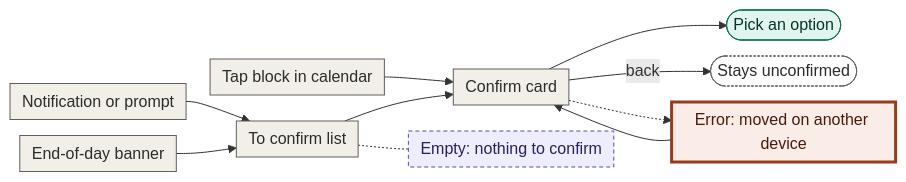
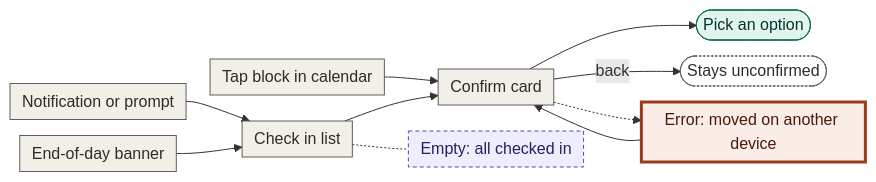
The third of 6 diagrams in docs/design/01-user-flows/reminders-and-confirmation.md (tor4/ai-planner), drawn with Mermaid before and after one commit. The commit also changed other lines of this file and 14 other files, not shown here.

First line of the commit message:
Fix user flow and screen issues

````diff
--- a/docs/design/01-user-flows/reminders-and-confirmation.md
+++ b/docs/design/01-user-flows/reminders-and-confirmation.md
@@ -91,19 +91,19 @@
 ```mermaid
 %%{init: {"flowchart": {"nodeSpacing": 16, "rankSpacing": 24, "padding": 6}}}%%
 flowchart LR
-  N[Notification or prompt]:::step --> Q[To confirm list]:::step
+  N[Notification or prompt]:::step --> Q[Check in list]:::step
   B[End-of-day banner]:::step --> Q
   K[Tap block in calendar]:::step --> O[Confirm card]:::step
   Q --> O
-  Q -.- QE[Empty: nothing to confirm]:::state
+  Q -.- QE[Empty: all checked in]:::state
   O --> P([Pick an option]):::ok
   O -->|back| E([Stays unconfirmed]):::exit
   O -.-> C[Error: moved on another device]:::error --> O
   classDef step fill:#F1EFE8,stroke:#5F5E5A,color:#2C2C2A
   classDef sys fill:#E6F1FB,stroke:#185FA5,color:#042C53
   classDef ok fill:#E1F5EE,stroke:#0F6E56,color:#04342C
   classDef exit fill:#FFFFFF,stroke:#5F5E5A,color:#2C2C2A,stroke-dasharray:2 2
   classDef decision fill:#FAEEDA,stroke:#854F0B,color:#412402
   classDef state fill:#EEEDFE,stroke:#534AB7,color:#26215C,stroke-dasharray:4 3
   classDef error fill:#FAECE7,stroke:#993C1D,color:#4A1B0C,stroke-width:3px
 ```
````
